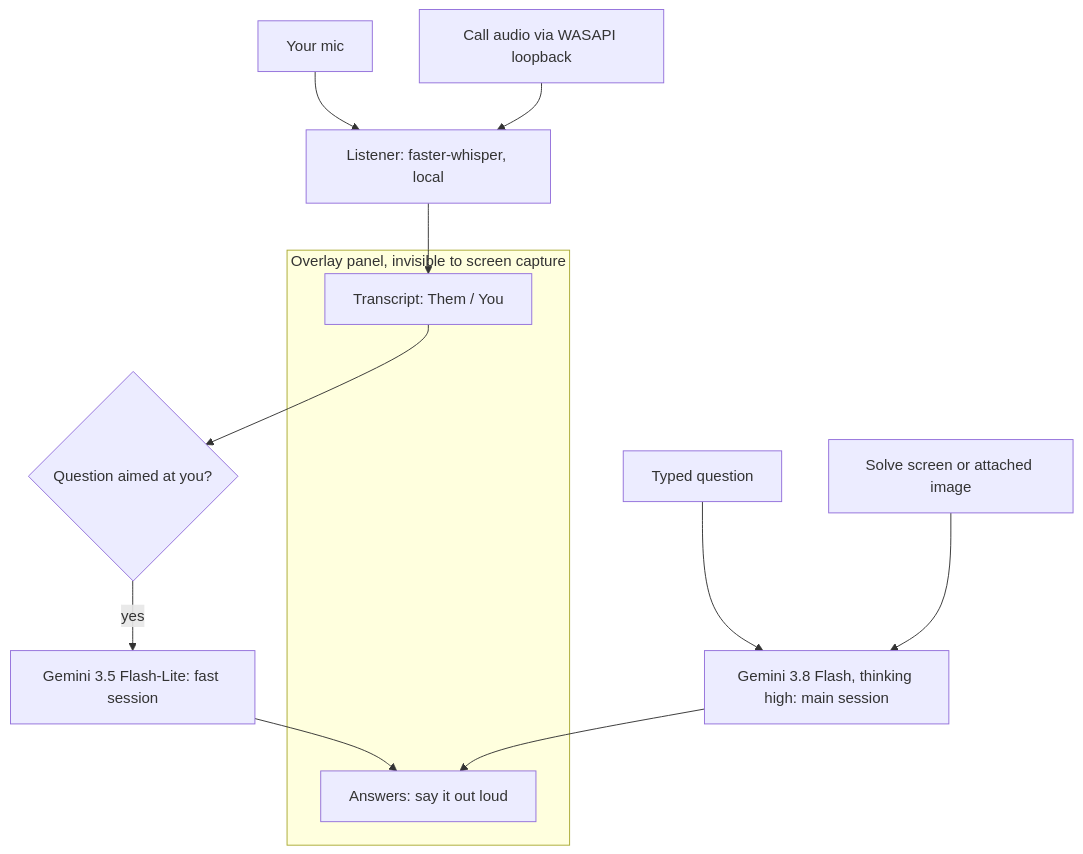
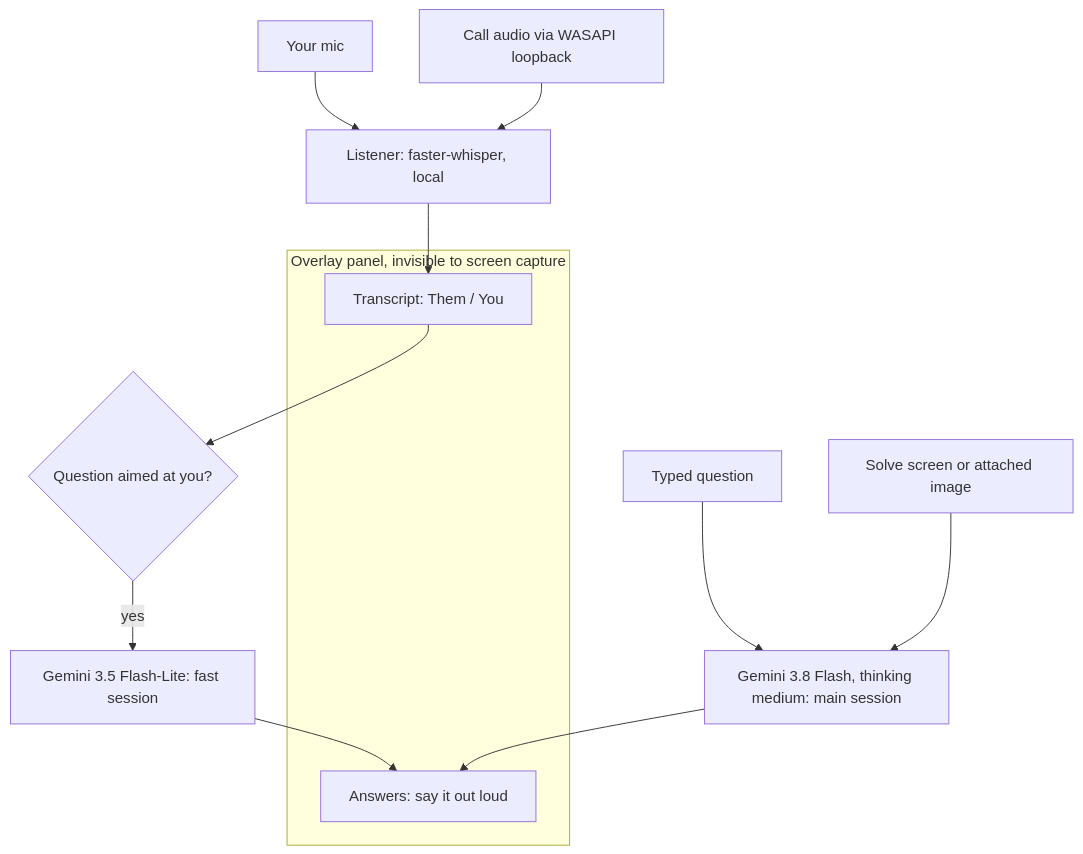
One commit to ron2k1/Ronils-Cluely-OPENSOURCE changed the diagram in README.md. Above: the diagram before and after it, drawn with Mermaid. The commit also changed other lines of this file and 3 other files, not shown here.

First line of the commit message:
Default code answers to thinking medium

````diff
--- a/README.md
+++ b/README.md
@@ -18,16 +18,16 @@
 ```mermaid
 flowchart TD
     MIC["Your mic"] --> EARS["Listener: faster-whisper, local"]
     SYS["Call audio via WASAPI loopback"] --> EARS
     EARS --> TRANSCRIPT["Transcript: Them / You"]
     TRANSCRIPT --> DETECT{"Question aimed at you?"}
     DETECT -->|yes| FAST["Gemini 3.5 Flash-Lite: fast session"]
-    TYPED["Typed question"] --> MAIN["Gemini 3.8 Flash, thinking high: main session"]
+    TYPED["Typed question"] --> MAIN["Gemini 3.8 Flash, thinking medium: main session"]
     SCREEN["Solve screen or attached image"] --> MAIN
     FAST --> ANSWERS["Answers: say it out loud"]
     MAIN --> ANSWERS
     subgraph panel["Overlay panel, invisible to screen capture"]
         TRANSCRIPT
         ANSWERS
     end
 ```
````
